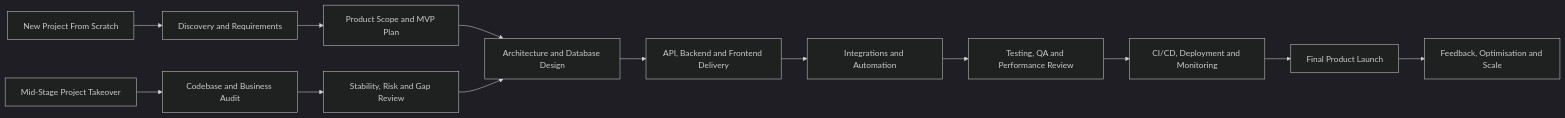
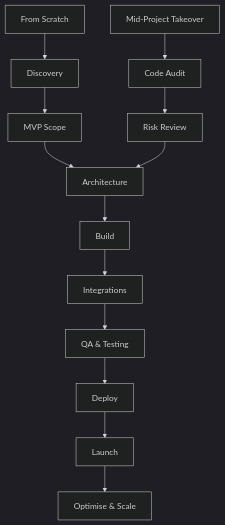
One commit to parth11991/parth11991 changed the diagram in README.md. Above: the diagram before and after it, drawn with Mermaid (dark theme).

Commit message:
Refactor project delivery flowchart for clarity and improved structure

````diff
--- a/README.md
+++ b/README.md
@@ -138,18 +138,18 @@
 ```mermaid
-flowchart LR
-    A[New Project From Scratch] --> B[Discovery and Requirements]
-    M[Mid-Stage Project Takeover] --> N[Codebase and Business Audit]
+flowchart TB
+    S1[From Scratch] --> D1[Discovery]
+    S2[Mid-Project Takeover] --> A1[Code Audit]
 
-    B --> C[Product Scope and MVP Plan]
-    N --> O[Stability, Risk and Gap Review]
+    D1 --> P1[MVP Scope]
+    A1 --> R1[Risk Review]
 
-    C --> D[Architecture and Database Design]
-    O --> D
+    P1 --> C1[Architecture]
+    R1 --> C1
 
-    D --> E[API, Backend and Frontend Delivery]
-    E --> F[Integrations and Automation]
-    F --> G[Testing, QA and Performance Review]
-    G --> H[CI/CD, Deployment and Monitoring]
-    H --> I[Final Product Launch]
-    I --> J[Feedback, Optimisation and Scale]
+    C1 --> B1[Build]
+    B1 --> I1[Integrations]
+    I1 --> Q1[QA & Testing]
+    Q1 --> X1[Deploy]
+    X1 --> L1[Launch]
+    L1 --> O1[Optimise & Scale]
 ```
````
